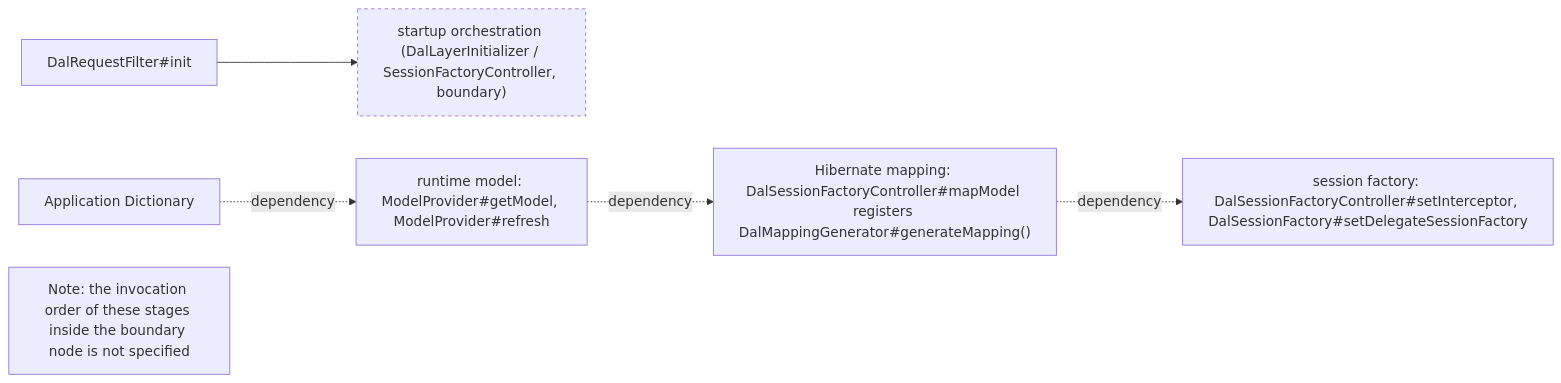
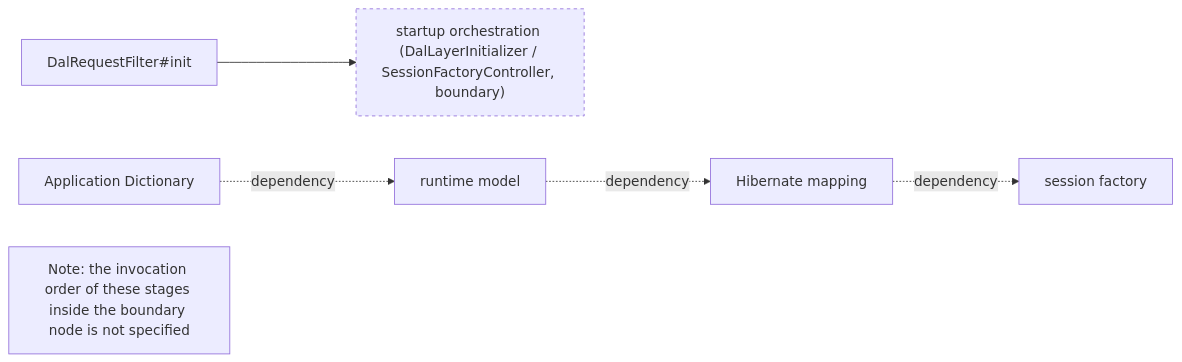
Before and after one commit to blitzy-public-samples/openbravo-erp: the second of 4 diagrams in docs/orm/01-architecture.md, drawn with Mermaid. The commit also changed other lines of this file, not shown here.

First line of the commit message:
docs(orm): make the architecture diagrams render intact and legible

````diff
--- a/docs/orm/01-architecture.md
+++ b/docs/orm/01-architecture.md
@@ -130,10 +151,10 @@
 ```mermaid
 flowchart LR
   INIT["DalRequestFilter#init"] --> ORCH["startup orchestration (DalLayerInitializer / SessionFactoryController, boundary)"]
-  AD["Application Dictionary"] -.->|dependency| RM["runtime model: ModelProvider#getModel, ModelProvider#refresh"]
-  RM -.->|dependency| MAP["Hibernate mapping: DalSessionFactoryController#mapModel registers DalMappingGenerator#generateMapping()"]
-  MAP -.->|dependency| SF["session factory: DalSessionFactoryController#setInterceptor, DalSessionFactory#setDelegateSessionFactory"]
+  AD["Application Dictionary"] -.->|dependency| RM["runtime model"]
+  RM -.->|dependency| MAP["Hibernate mapping"]
+  MAP -.->|dependency| SF["session factory"]
   NOTE["Note: the invocation order of these stages inside the boundary node is not specified"]
   classDef boundary stroke-dasharray: 4 4
   class ORCH boundary
 ```
````
